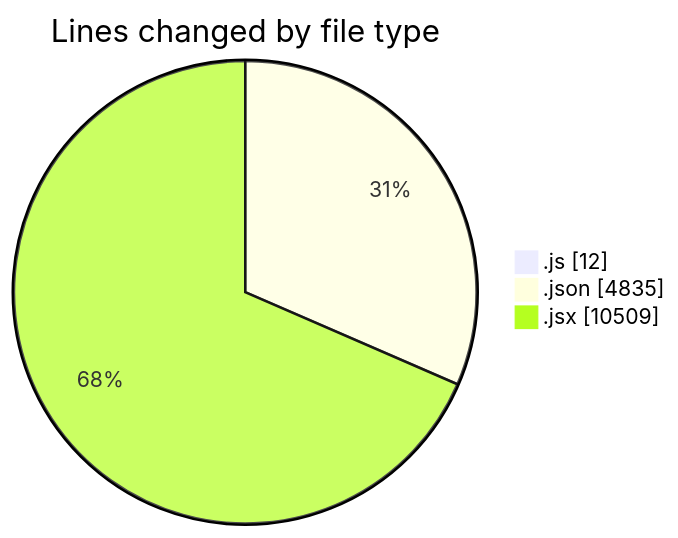
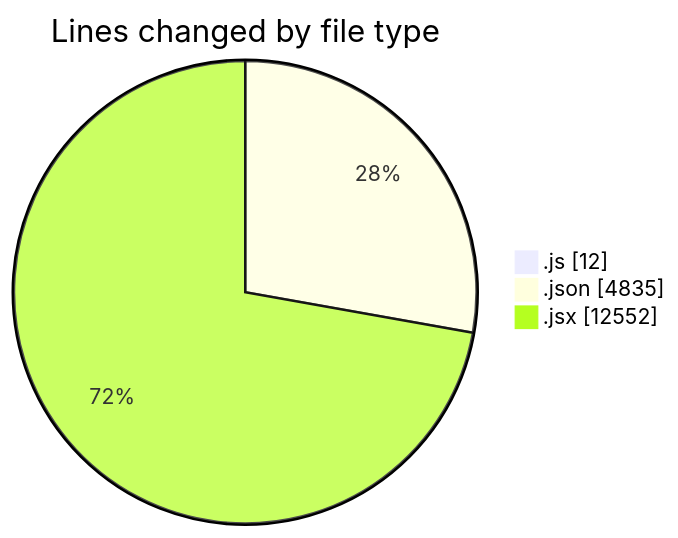
Before and after one commit to nxtqubesakshisongat/code-tracking: the first of 2 diagrams in 2026-11-21/nashik-misal-queue/README.md, drawn with Mermaid. The commit also changed other lines of this file and 1 other file, not shown here.

````diff
--- a/2026-11-21/nashik-misal-queue/README.md
+++ b/2026-11-21/nashik-misal-queue/README.md
@@ -30,7 +30,7 @@
 ```mermaid
 pie showData
 title Lines changed by file type
 ".js" : 12
 ".json" : 4835
-".jsx" : 10509
+".jsx" : 12552
 ```
````
